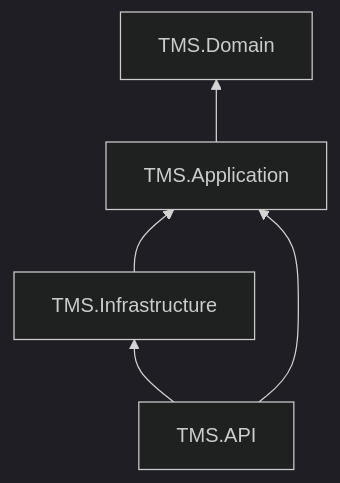
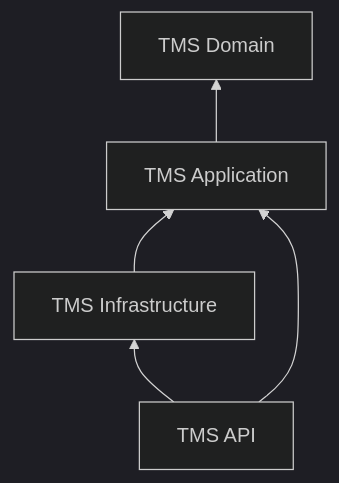
Before and after one commit to ahmed-aliii/ElectroPi-Assessment-Task: the second of 6 diagrams in README.md, drawn with Mermaid (dark theme). The commit also changed other lines of this file, not shown here.

````diff
--- a/README.md
+++ b/README.md
@@ -125,12 +89,11 @@
 ```mermaid
-flowchart BT
-    domainNode["TMS.Domain"]
-    appNode["TMS.Application"]
-    infraNode["TMS.Infrastructure"]
-    apiNode["TMS.API"]
-
-    appNode --> domainNode
-    infraNode --> appNode
-    apiNode --> appNode
-    apiNode --> infraNode
+graph BT
+    domainLayer[TMS Domain]
+    appLayer[TMS Application]
+    infraLayer[TMS Infrastructure]
+    apiLayer[TMS API]
+    appLayer --> domainLayer
+    infraLayer --> appLayer
+    apiLayer --> appLayer
+    apiLayer --> infraLayer
 ```
````
